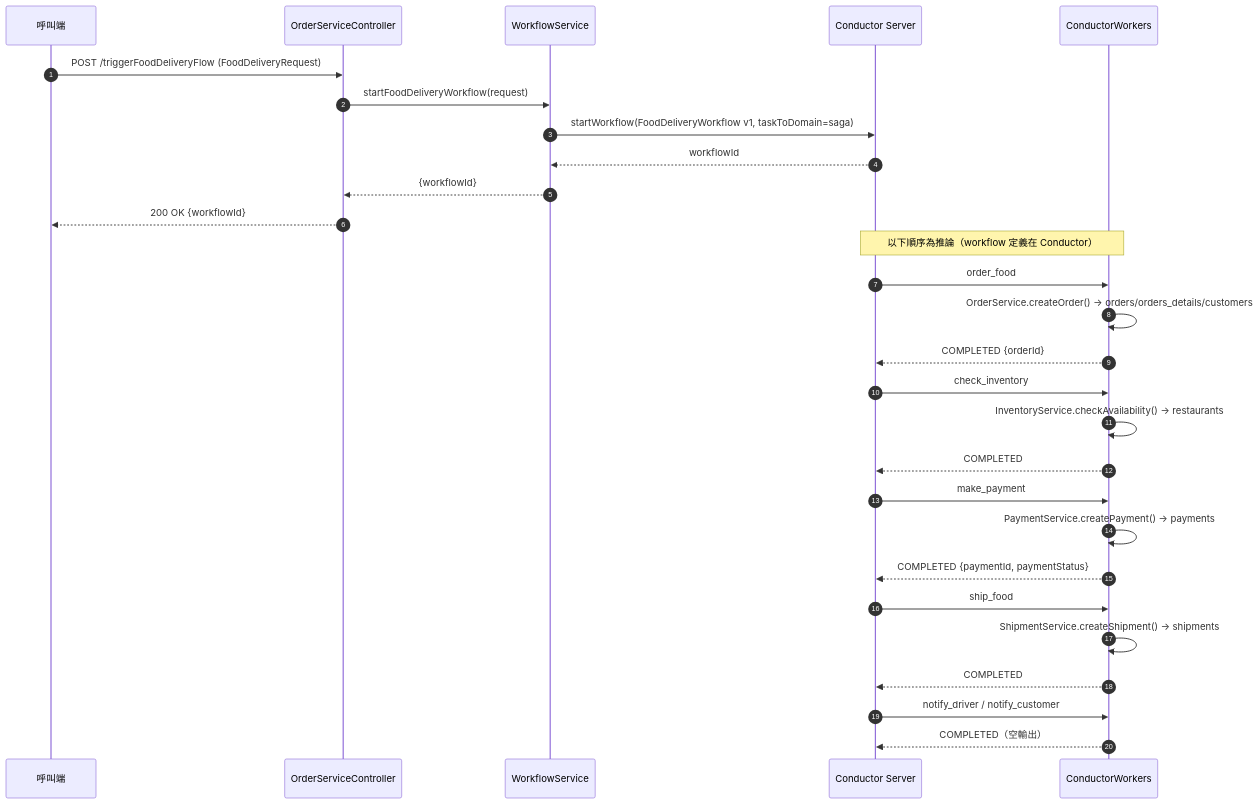
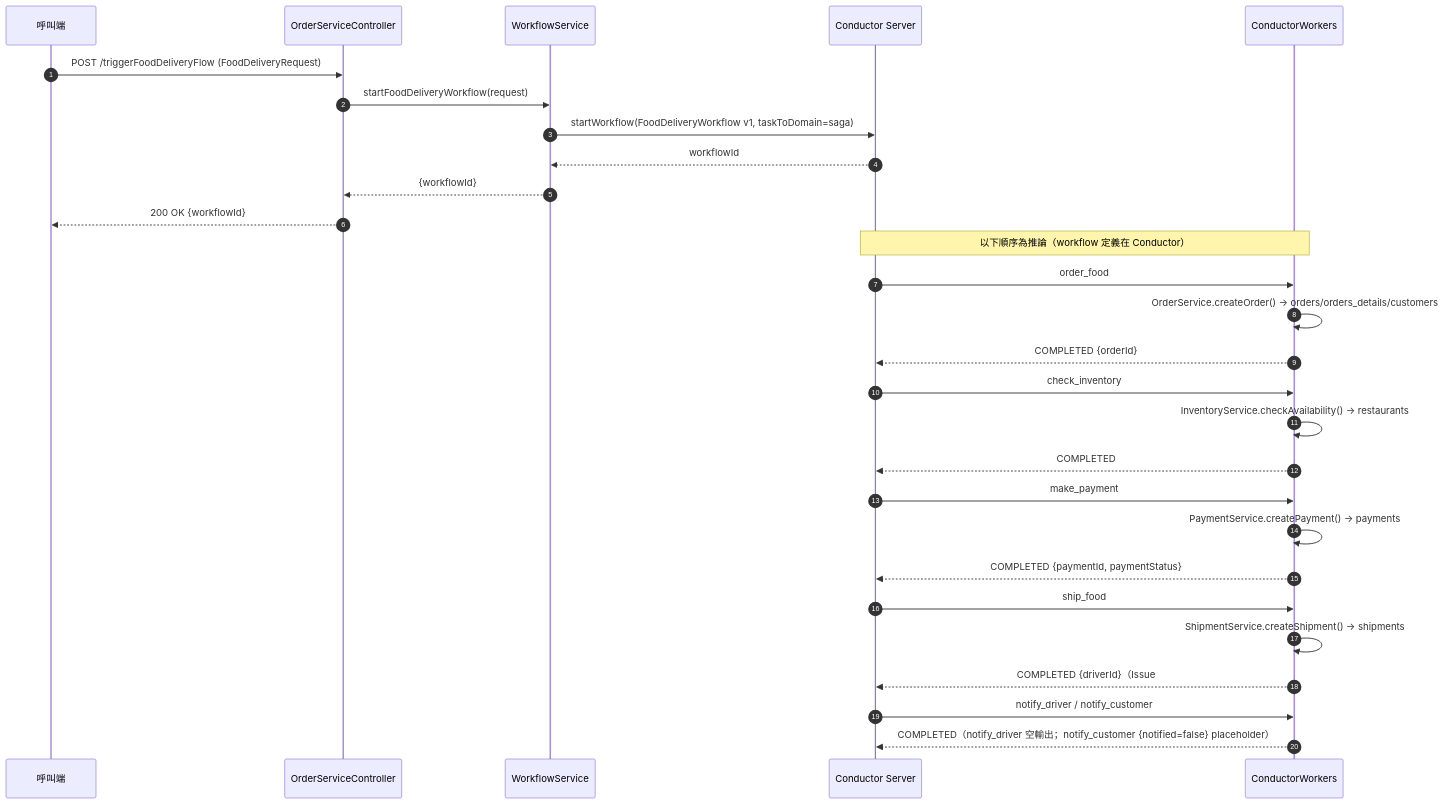
The fourth of 8 diagrams in docs/architecture.md (tradingbot-tw/saga-pattern), drawn with Mermaid before and after one commit. The commit also changed other lines of this file, not shown here.

Commit message:
docs(#24): architecture.md 更新 ship_food／notify_customer 契約與行號引用（G1／G2 修復後）

````diff
--- a/docs/architecture.md
+++ b/docs/architecture.md
@@ -150,30 +162,30 @@
 ```mermaid
 sequenceDiagram
     autonumber
     participant U as 呼叫端
     participant C as OrderServiceController
     participant W as WorkflowService
     participant S as Conductor Server
     participant K as ConductorWorkers
     U->>C: POST /triggerFoodDeliveryFlow (FoodDeliveryRequest)
     C->>W: startFoodDeliveryWorkflow(request)
     W->>S: startWorkflow(FoodDeliveryWorkflow v1, taskToDomain=saga)
     S-->>W: workflowId
     W-->>C: {workflowId}
     C-->>U: 200 OK {workflowId}
     Note over S,K: 以下順序為推論（workflow 定義在 Conductor）
     S->>K: order_food
     K->>K: OrderService.createOrder() → orders/orders_details/customers
     K-->>S: COMPLETED {orderId}
     S->>K: check_inventory
     K->>K: InventoryService.checkAvailability() → restaurants
     K-->>S: COMPLETED
     S->>K: make_payment
     K->>K: PaymentService.createPayment() → payments
     K-->>S: COMPLETED {paymentId, paymentStatus}
     S->>K: ship_food
     K->>K: ShipmentService.createShipment() → shipments
-    K-->>S: COMPLETED
+    K-->>S: COMPLETED {driverId}（Issue #24 G1）
     S->>K: notify_driver / notify_customer
-    K-->>S: COMPLETED（空輸出）
+    K-->>S: COMPLETED（notify_driver 空輸出；notify_customer {notified=false} placeholder）
 ```
````
